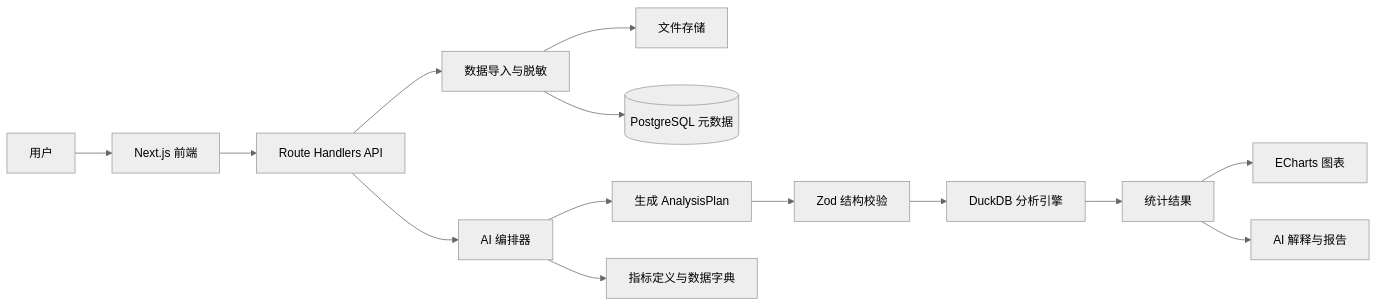
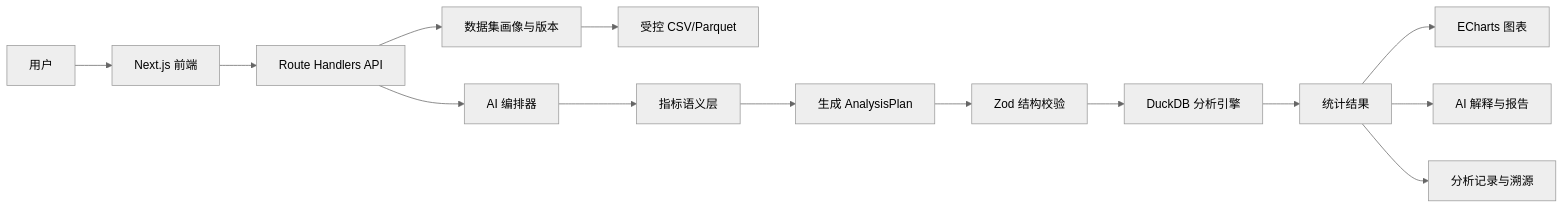
One commit to MaShaoGER/ai-student-analytics changed the diagram in AI学生数据分析系统开发路线图.md. Above: the diagram before and after it, drawn with Mermaid (neutral theme). The commit also changed other lines of this file and 4 other files, not shown here.

Commit message:
docs: 完善路线图与图表升级方案

````diff
--- a/AI学生数据分析系统开发路线图.md
+++ b/AI学生数据分析系统开发路线图.md
@@ -103,16 +148,16 @@
 ```mermaid
 flowchart LR
     U[用户] --> W[Next.js 前端]
     W --> API[Route Handlers API]
-    API --> D[数据导入与脱敏]
-    D --> S[文件存储]
-    D --> DB[(PostgreSQL 元数据)]
+    API --> D[数据集画像与版本]
+    D --> F[受控 CSV/Parquet]
     API --> A[AI 编排器]
-    A --> P[生成 AnalysisPlan]
+    A --> K[指标语义层]
+    K --> P[生成 AnalysisPlan]
     P --> V[Zod 结构校验]
     V --> E[DuckDB 分析引擎]
     E --> R[统计结果]
     R --> C[ECharts 图表]
     R --> N[AI 解释与报告]
-    A --> K[指标定义与数据字典]
+    R --> L[分析记录与溯源]
 ```
````
